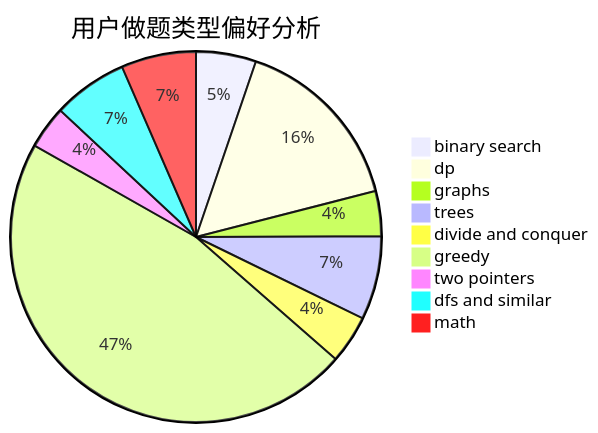
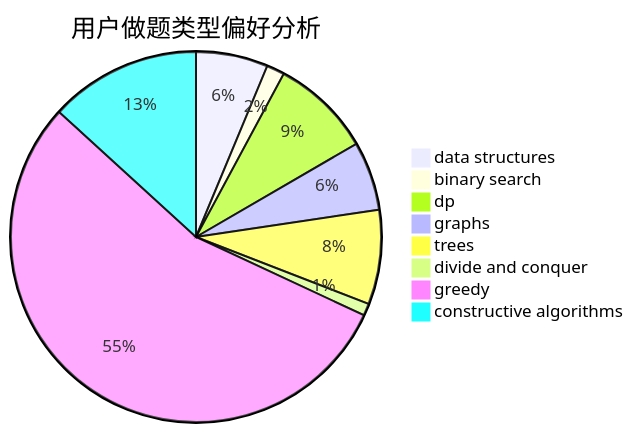
One commit to sherpahu/cfrs.github.io changed the second of 3 diagrams in docs/user/u1835.md. Above: the diagram before and after it, drawn with Mermaid. The commit also changed other lines of this file and 2775 other files, not shown here.

````diff
--- a/docs/user/u1835.md
+++ b/docs/user/u1835.md
@@ -23,12 +23,11 @@
 ```mermaid
 pie title 用户做题类型偏好分析
-    "binary search" :  77
-    "dp" :  232
-    "graphs" :  58
-    "trees" :  107
-    "divide and conquer" :  62
-    "greedy" :  688
-    "two pointers" :  55
-    "dfs and similar" :  96
-    "math" :  96
+    "data structures" :  48
+    "binary search" :  12
+    "dp" :  67
+    "graphs" :  46
+    "trees" :  63
+    "divide and conquer" :  8
+    "greedy" :  419
+    "constructive algorithms" :  101
 ```
````
